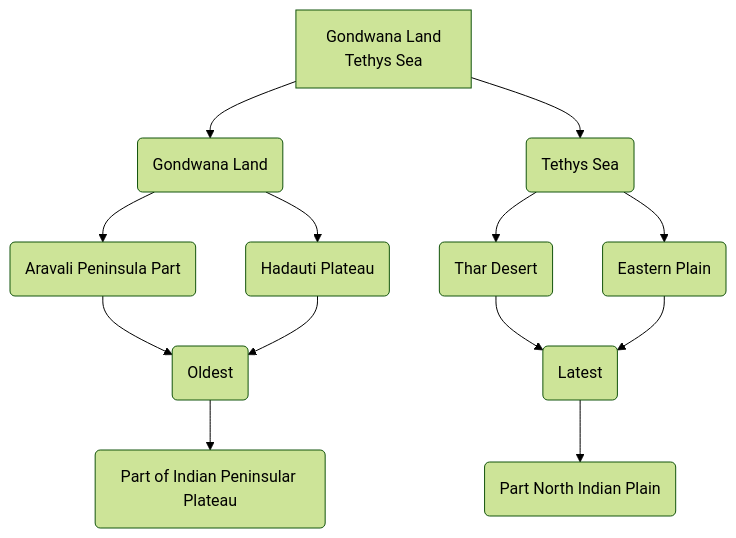
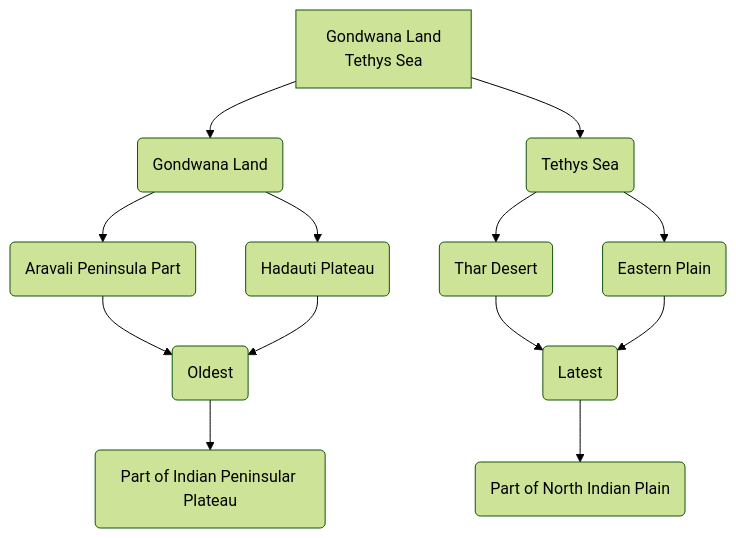
The second of 2 diagrams in docs/rajasthan/geography/geography_intro.md (npnpatidar/rajasthan), drawn with Mermaid (forest theme) before and after one commit.

Commit message:
corrected geo

````diff
--- a/docs/rajasthan/geography/geography_intro.md
+++ b/docs/rajasthan/geography/geography_intro.md
@@ -38,13 +38,13 @@
 ```mermaid
 graph TD
 
 A[Gondwana Land <br> Tethys Sea ] --> B(Gondwana Land)
 
-A --> C(Tethys Sea) --> G(Thar Desert) --> H( Latest) --> K(Part North Indian Plain)
+A --> C(Tethys Sea) --> G(Thar Desert) --> H( Latest) --> K(Part of North Indian Plain)
 
 B --> D(Aravali Peninsula Part) --> F(Oldest) --> J(Part of Indian Peninsular Plateau)
 
 B --> E(Hadauti Plateau) --> F
 
 C --> I(Eastern Plain) --> H
 ```
````
